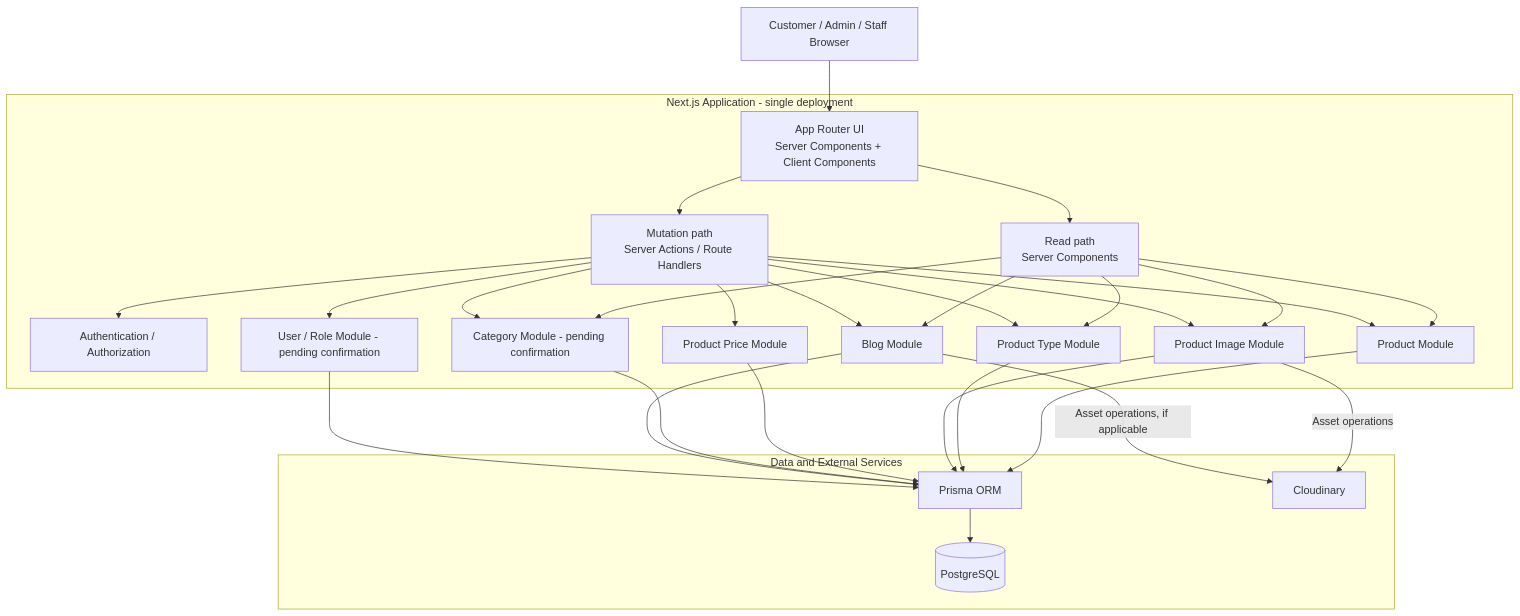
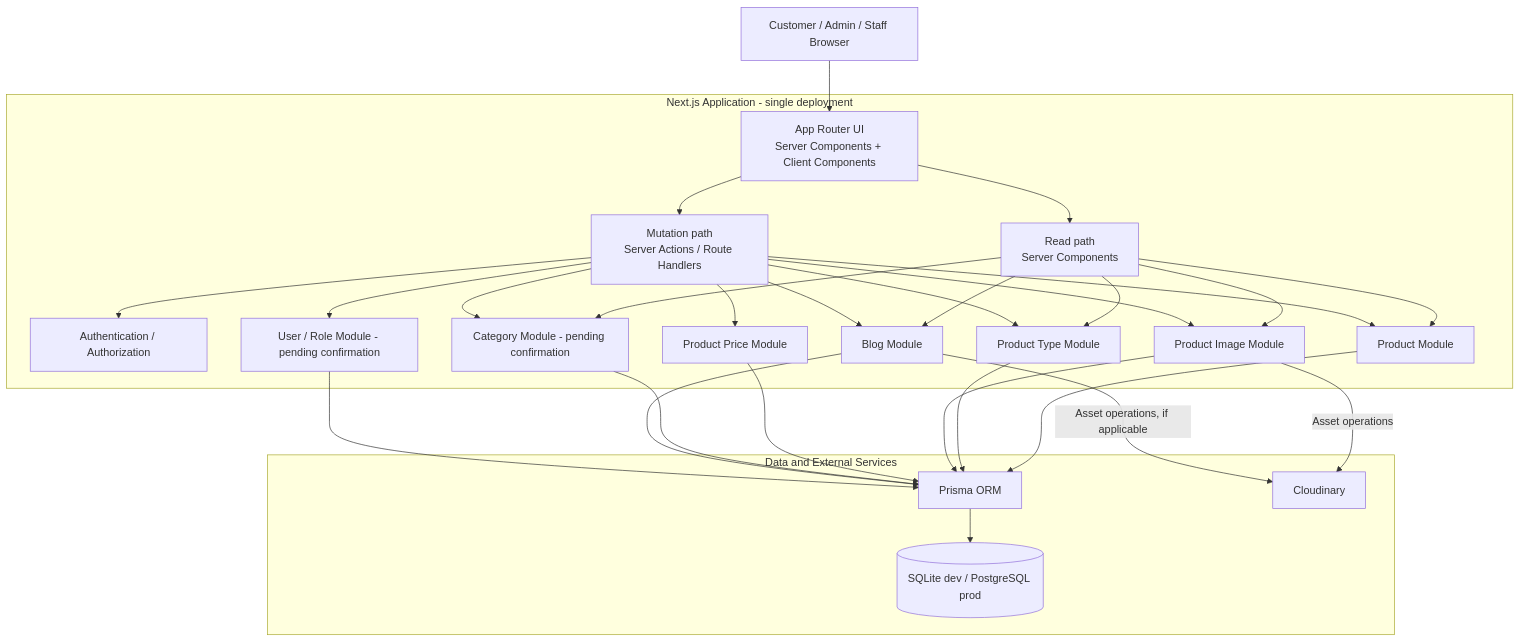
Before and after one commit to khanhtung2410/ant-jewelry: the first of 5 diagrams in docs/ARCHITECTURE.md, drawn with Mermaid. The commit also changed other lines of this file and 19 other files, not shown here.

````diff
--- a/docs/ARCHITECTURE.md
+++ b/docs/ARCHITECTURE.md
@@ -267,54 +278,54 @@
 ```mermaid
 flowchart TB
     Browser[Customer / Admin / Staff Browser]
 
     subgraph NEXT[Next.js Application - single deployment]
         UI[App Router UI<br/>Server Components + Client Components]
         Read[Read path<br/>Server Components]
         Mutate[Mutation path<br/>Server Actions / Route Handlers]
         Auth[Authentication / Authorization]
         Product[Product Module]
         ProductType[Product Type Module]
         ProductImage[Product Image Module]
         ProductPrice[Product Price Module]
         Category[Category Module - pending confirmation]
         Blog[Blog Module]
         User[User / Role Module - pending confirmation]
 
         UI --> Read
         UI --> Mutate
         Mutate --> Auth
         Read --> Product
         Read --> ProductType
         Read --> ProductImage
         Read --> Category
         Read --> Blog
         Mutate --> Product
         Mutate --> ProductType
         Mutate --> ProductImage
         Mutate --> ProductPrice
         Mutate --> Category
         Mutate --> Blog
         Mutate --> User
     end
 
     subgraph DATA[Data and External Services]
         Prisma[Prisma ORM]
-        DB[(PostgreSQL)]
+        DB[(SQLite dev / PostgreSQL prod)]
         Cloudinary[Cloudinary]
     end
 
     Browser --> UI
 
     Product --> Prisma
     ProductType --> Prisma
     ProductImage --> Prisma
     ProductPrice --> Prisma
     Category --> Prisma
     Blog --> Prisma
     User --> Prisma
 
     Prisma --> DB
     ProductImage -->|Asset operations| Cloudinary
     Blog -->|Asset operations, if applicable| Cloudinary
 ```
````
